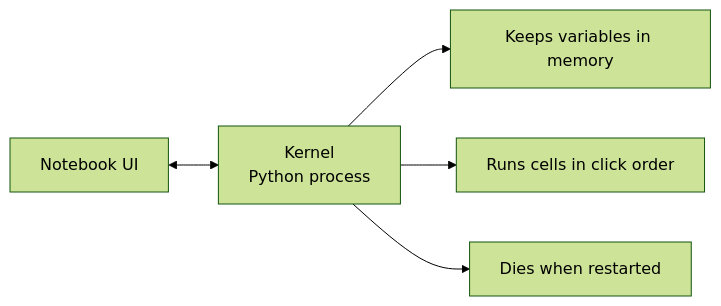
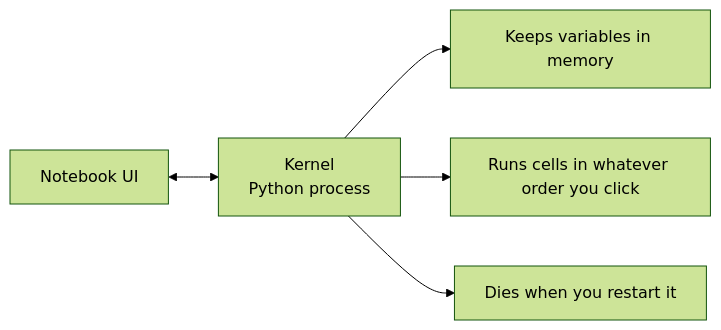
Before and after one commit to omigaZen/ai-engineering-from-scratch: the second of 2 diagrams in phases/00-setup-and-tooling/05-jupyter-notebooks/docs/zh.md, drawn with Mermaid (forest theme). The commit also changed other lines of this file and 32 other files, not shown here.

````diff
--- a/phases/00-setup-and-tooling/05-jupyter-notebooks/docs/zh.md
+++ b/phases/00-setup-and-tooling/05-jupyter-notebooks/docs/zh.md
@@ -35,7 +35,7 @@
 ```mermaid
 graph LR
     A[Notebook UI] <--> B[Kernel\nPython process]
     B --> C[Keeps variables in memory]
-    B --> D[Runs cells in click order]
-    B --> E[Dies when restarted]
+    B --> D[Runs cells in whatever order you click]
+    B --> E[Dies when you restart it]
 ```
````
